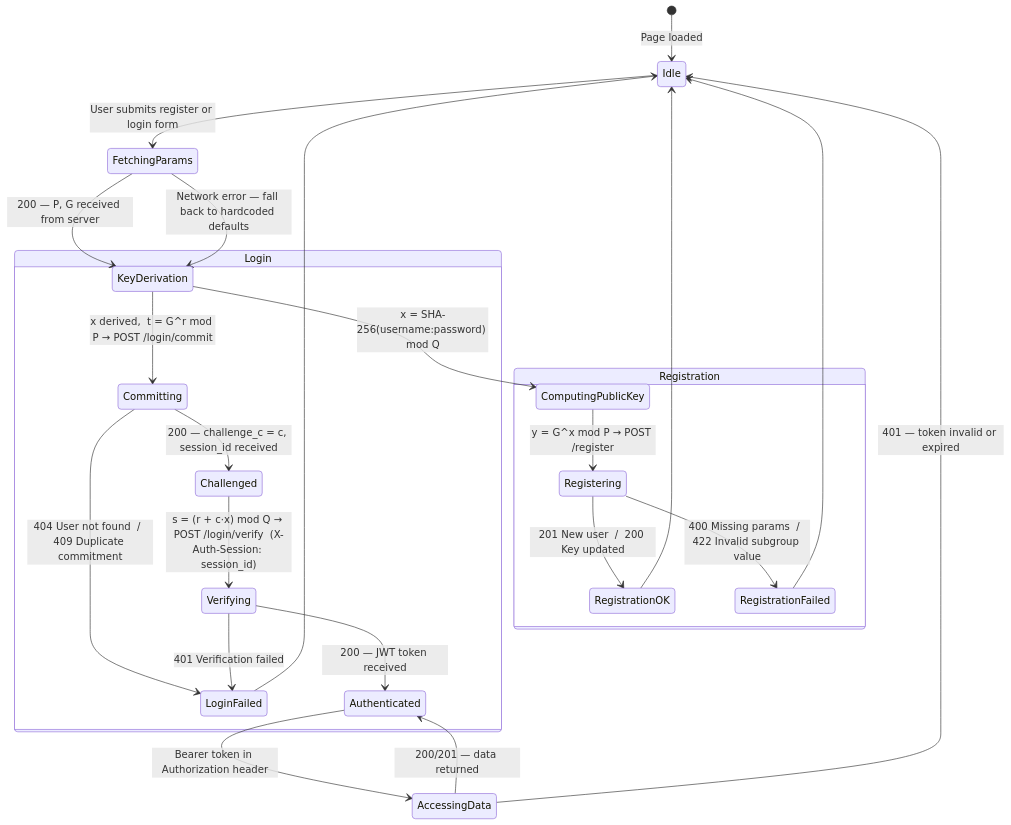
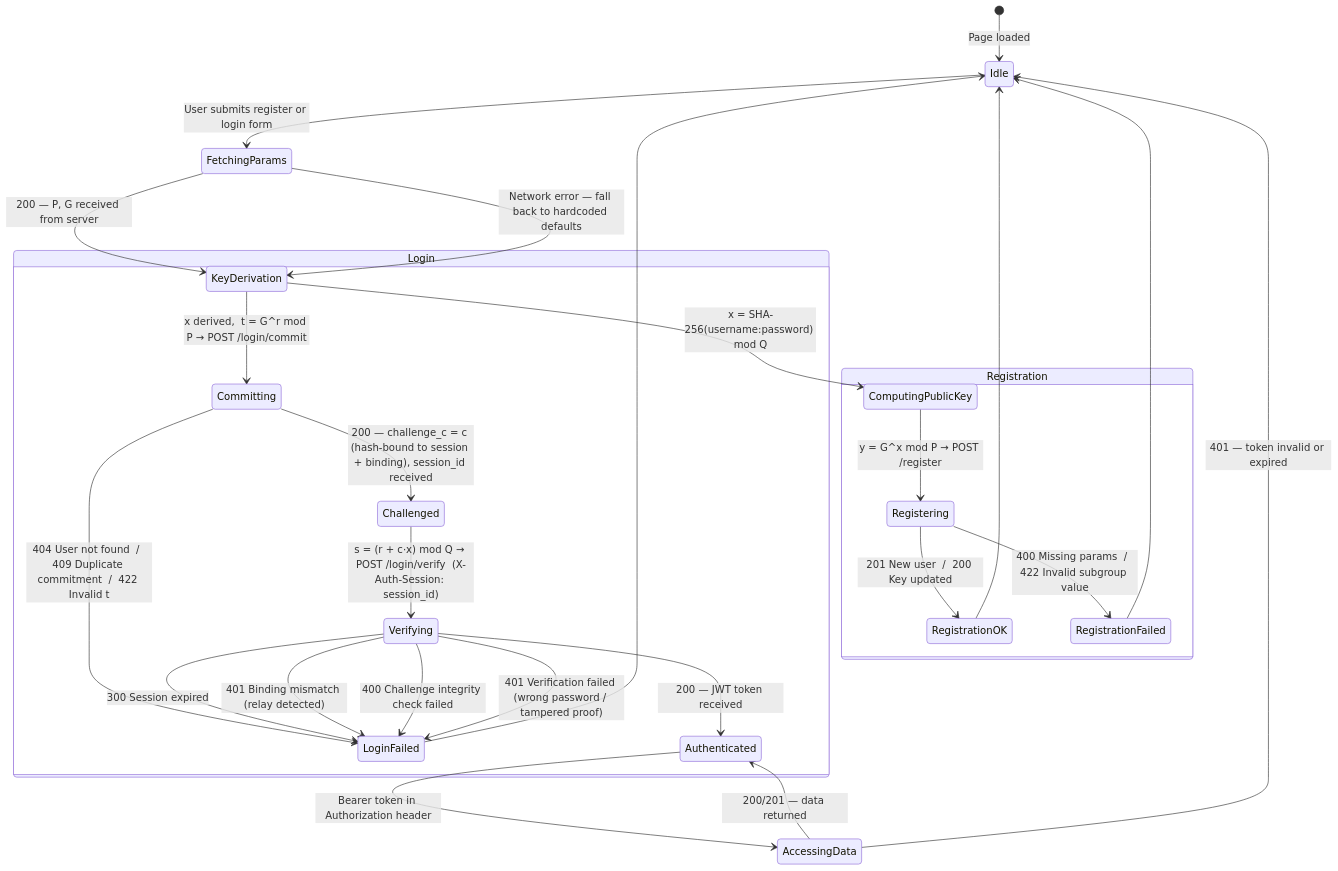
The diagram in diagrams/diagram_auth_state_machine.mmd (matei-rares-a/acas), drawn with Mermaid before and after one commit. The commit also changed 34 other files, not shown here.

First line of the commit message:
Add session binding to ZKP flows and update diagrams

```diff
--- a/diagrams/diagram_auth_state_machine.mmd
+++ b/diagrams/diagram_auth_state_machine.mmd
@@ -1,31 +1,34 @@
 stateDiagram-v2
     [*] --> Idle : Page loaded
 
     Idle --> FetchingParams : User submits register or login form
 
     FetchingParams --> KeyDerivation : 200 — P, G received from server
     FetchingParams --> KeyDerivation : Network error — fall back to hardcoded defaults
 
     state Registration {
         KeyDerivation --> ComputingPublicKey : x = SHA-256(username:password) mod Q
         ComputingPublicKey --> Registering   : y = G^x mod P → POST /register
         Registering --> RegistrationOK       : 201 New user  /  200 Key updated
         Registering --> RegistrationFailed   : 400 Missing params  /  422 Invalid subgroup value
     }
 
     state Login {
         KeyDerivation --> Committing : x derived,  t = G^r mod P → POST /login/commit
-        Committing --> Challenged    : 200 — challenge_c = c, session_id received
-        Committing --> LoginFailed   : 404 User not found  /  409 Duplicate commitment
+        Committing --> Challenged    : 200 — challenge_c = c (hash-bound to session + binding), session_id received
+        Committing --> LoginFailed   : 404 User not found  /  409 Duplicate commitment  /  422 Invalid t
         Challenged --> Verifying     : s = (r + c·x) mod Q → POST /login/verify  (X-Auth-Session: session_id)
         Verifying --> Authenticated  : 200 — JWT token received
-        Verifying --> LoginFailed    : 401 Verification failed
+        Verifying --> LoginFailed    : 300 Session expired
+        Verifying --> LoginFailed    : 401 Binding mismatch (relay detected)
+        Verifying --> LoginFailed    : 400 Challenge integrity check failed
+        Verifying --> LoginFailed    : 401 Verification failed (wrong password / tampered proof)
     }
 
     RegistrationOK   --> Idle
     RegistrationFailed --> Idle
     LoginFailed      --> Idle
 
     Authenticated --> AccessingData  : Bearer token in Authorization header
     AccessingData --> Authenticated  : 200/201 — data returned
     AccessingData --> Idle           : 401 — token invalid or expired
```
